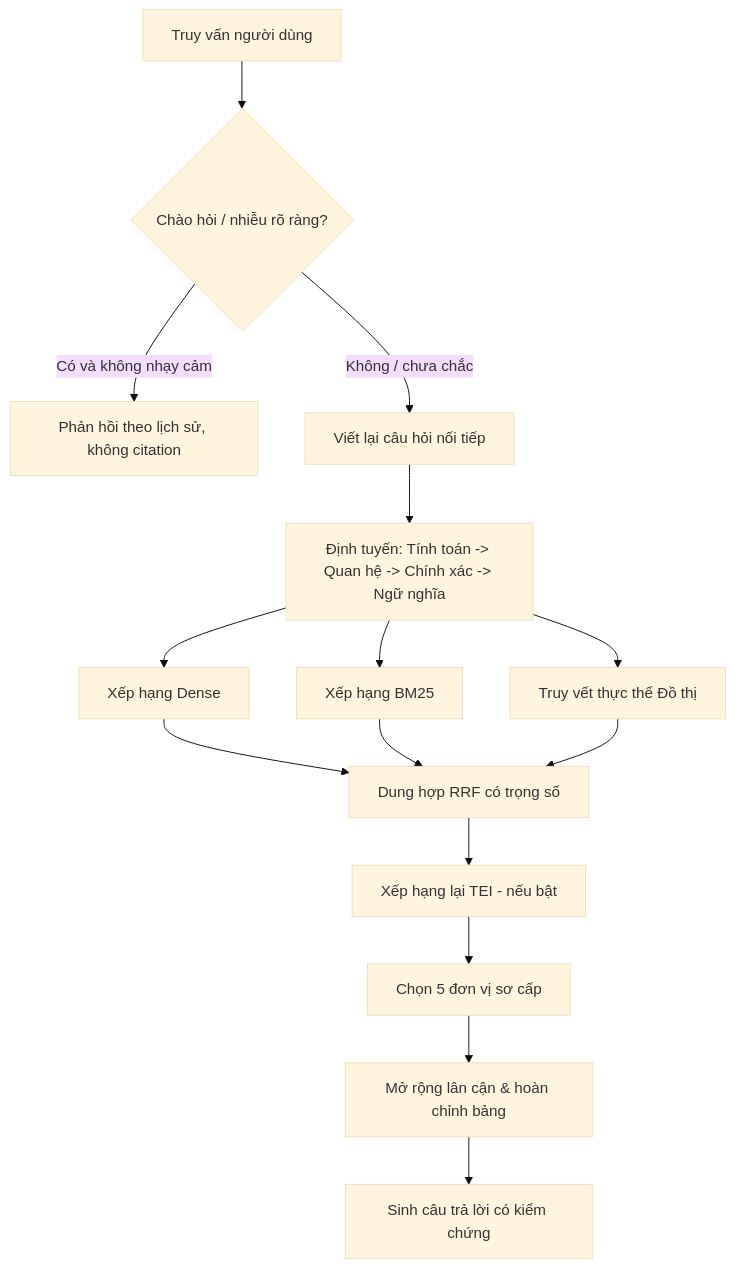
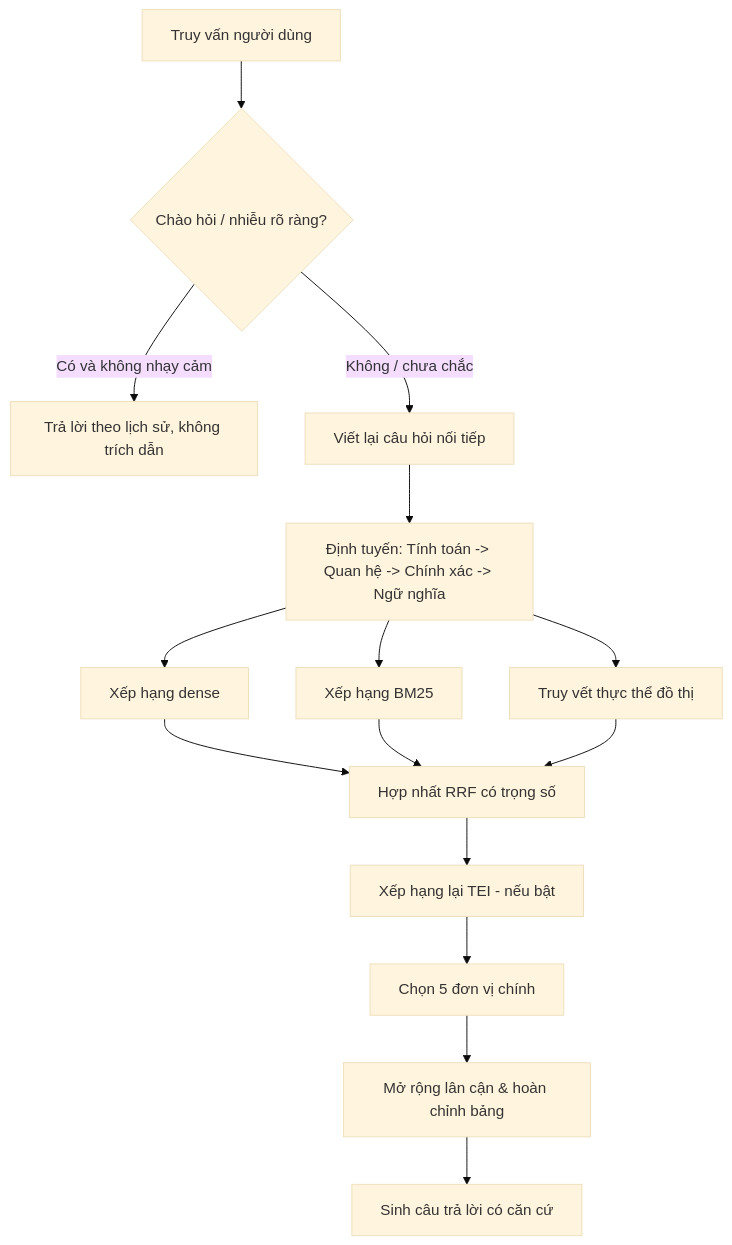
One commit to OpenVie/OpenVie changed the second of 4 diagrams in docs/RETRIEVAL.md. Above: the diagram before and after it, drawn with Mermaid (base theme). The commit also changed other lines of this file and 16 other files, not shown here.

````diff
--- a/docs/RETRIEVAL.md
+++ b/docs/RETRIEVAL.md
@@ -63,17 +63,17 @@
 ```mermaid
 flowchart TD
     Query[Truy vấn người dùng] --> Gate{Chào hỏi / nhiễu rõ ràng?}
-    Gate -->|Có và không nhạy cảm| Polite[Phản hồi theo lịch sử, không citation]
+    Gate -->|Có và không nhạy cảm| Polite[Trả lời theo lịch sử, không trích dẫn]
     Gate -->|Không / chưa chắc| Plan[Viết lại câu hỏi nối tiếp]
     Plan --> Route[Định tuyến: Tính toán -> Quan hệ -> Chính xác -> Ngữ nghĩa]
-    Route --> Dense[Xếp hạng Dense]
+    Route --> Dense[Xếp hạng dense]
     Route --> Sparse[Xếp hạng BM25]
-    Route --> Graph[Truy vết thực thể Đồ thị]
-    Dense --> Fusion[Dung hợp RRF có trọng số]
+    Route --> Graph[Truy vết thực thể đồ thị]
+    Dense --> Fusion[Hợp nhất RRF có trọng số]
     Sparse --> Fusion
     Graph --> Fusion
     Fusion --> Rerank[Xếp hạng lại TEI - nếu bật]
-    Rerank --> Select[Chọn 5 đơn vị sơ cấp]
+    Rerank --> Select[Chọn 5 đơn vị chính]
     Select --> Neighbors[Mở rộng lân cận & hoàn chỉnh bảng]
-    Neighbors --> Generate[Sinh câu trả lời có kiểm chứng]
+    Neighbors --> Generate[Sinh câu trả lời có căn cứ]
 ```
````
